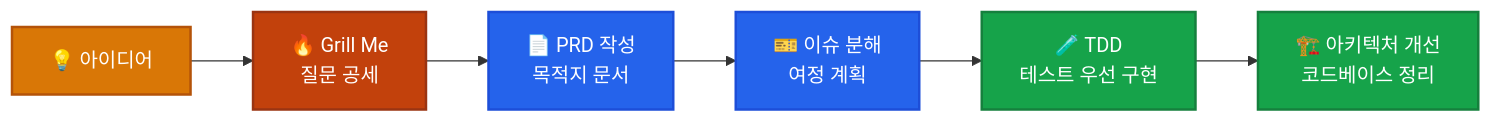
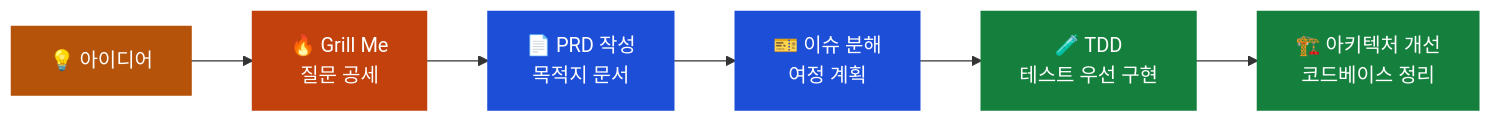
One commit to udawon/udawon-how-to-claude changed the first of 2 diagrams in content/youtube-update/engineering-skills-pipeline.md. Above: the diagram before and after it, drawn with Mermaid. The commit also changed other lines of this file and 23 other files, not shown here.

````diff
--- a/content/youtube-update/engineering-skills-pipeline.md
+++ b/content/youtube-update/engineering-skills-pipeline.md
@@ -16,14 +16,14 @@
 ```mermaid
 graph LR
     A["💡 아이디어"] --> B["🔥 Grill Me<br/>질문 공세"]
     B --> C["📄 PRD 작성<br/>목적지 문서"]
     C --> D["🎫 이슈 분해<br/>여정 계획"]
     D --> E["🧪 TDD<br/>테스트 우선 구현"]
     E --> F["🏗️ 아키텍처 개선<br/>코드베이스 정리"]
-    style A fill:#d97706,color:#fff,stroke:#b45309,stroke-width:2px
-    style B fill:#c2410c,color:#fff,stroke:#9a3412,stroke-width:2px
-    style C fill:#2563eb,color:#fff,stroke:#1d4ed8,stroke-width:2px
-    style D fill:#2563eb,color:#fff,stroke:#1d4ed8,stroke-width:2px
-    style E fill:#16a34a,color:#fff,stroke:#15803d,stroke-width:2px
-    style F fill:#16a34a,color:#fff,stroke:#15803d,stroke-width:2px
+    style A fill:#b45309,color:#fff,stroke:#b45309,stroke-width:2px
+    style B fill:#c2410c,color:#fff,stroke:#c2410c,stroke-width:2px
+    style C fill:#1d4ed8,color:#fff,stroke:#1d4ed8,stroke-width:2px
+    style D fill:#1d4ed8,color:#fff,stroke:#1d4ed8,stroke-width:2px
+    style E fill:#15803d,color:#fff,stroke:#15803d,stroke-width:2px
+    style F fill:#15803d,color:#fff,stroke:#15803d,stroke-width:2px
 ```
````
